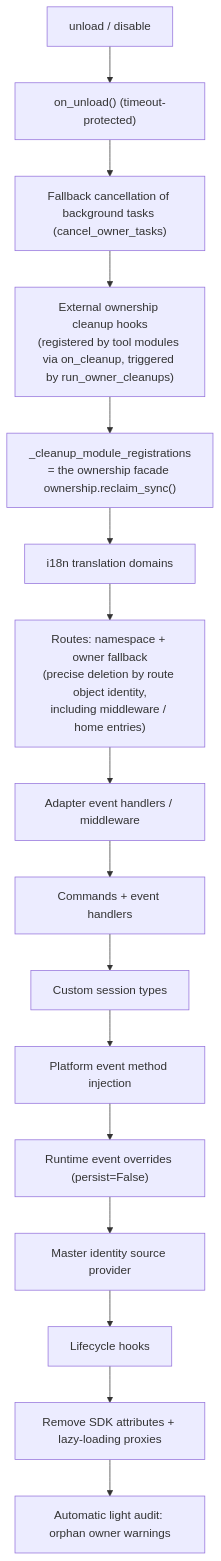
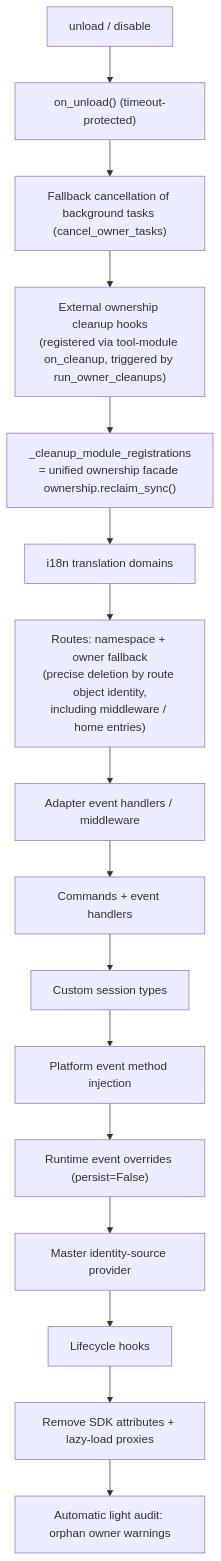
The diagram in docs/en/advanced/ownership.md (ErisPulse/ErisPulse), drawn with Mermaid before and after one commit. The commit also changed other lines of this file and 124 other files, not shown here.

````diff
--- a/docs/en/advanced/ownership.md
+++ b/docs/en/advanced/ownership.md
@@ -87,18 +119,18 @@
 ```mermaid
 flowchart TD
     A["unload / disable"] --> B["on_unload() (timeout-protected)"]
     B --> C["Fallback cancellation of background tasks (cancel_owner_tasks)"]
-    C --> C1["External ownership cleanup hooks<br/>(registered by tool modules via on_cleanup, triggered by run_owner_cleanups)"]
-    C1 --> D["_cleanup_module_registrations<br/>= the ownership facade ownership.reclaim_sync()"]
+    C --> C1["External ownership cleanup hooks<br/>(registered via tool-module on_cleanup, triggered by run_owner_cleanups)"]
+    C1 --> D["_cleanup_module_registrations<br/>= unified ownership facade ownership.reclaim_sync()"]
     D --> D1["i18n translation domains"]
     D1 --> D2["Routes: namespace + owner fallback<br/>(precise deletion by route object identity,<br/>including middleware / home entries)"]
     D2 --> D3["Adapter event handlers / middleware"]
     D3 --> D4["Commands + event handlers"]
     D4 --> D5["Custom session types"]
     D5 --> D5b["Platform event method injection"]
     D5b --> D6["Runtime event overrides (persist=False)"]
-    D6 --> D7["Master identity source provider"]
+    D6 --> D7["Master identity-source provider"]
     D7 --> D8["Lifecycle hooks"]
-    D8 --> E["Remove SDK attributes + lazy-loading proxies"]
+    D8 --> E["Remove SDK attributes + lazy-load proxies"]
     E --> F["Automatic light audit: orphan owner warnings"]
 ```
````
